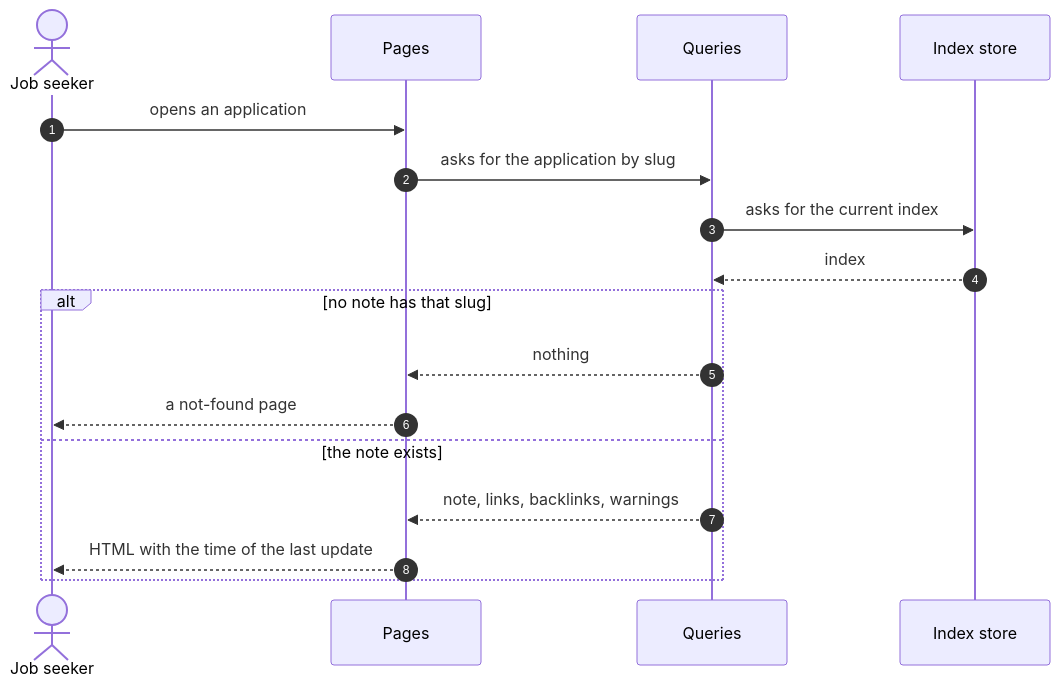
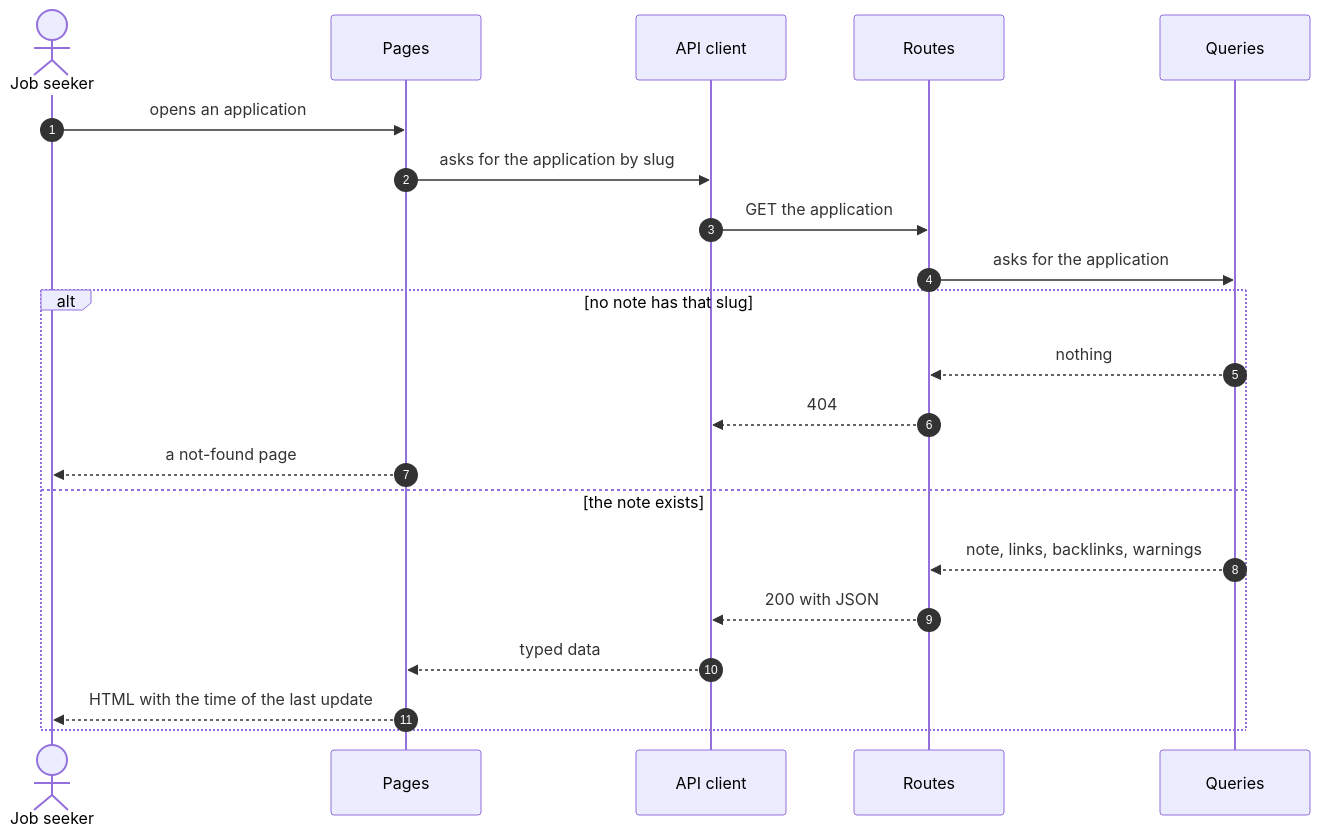
The third of 4 diagrams in docs/architecture/components.md (lyeyixian/job-search-app), drawn with Mermaid before and after one commit. The commit also changed other lines of this file and 10 other files, not shown here.

First line of the commit message:
Redraw the architecture for two services

````diff
--- a/docs/architecture/components.md
+++ b/docs/architecture/components.md
@@ -66,20 +112,24 @@
 ```mermaid
 sequenceDiagram
     autonumber
     actor User as Job seeker
     participant Page as Pages
+    participant Client as API client
+    participant Routes
     participant Q as Queries
-    participant Store as Index store
 
     User->>Page: opens an application
-    Page->>Q: asks for the application by slug
-    Q->>Store: asks for the current index
-    Store-->>Q: index
+    Page->>Client: asks for the application by slug
+    Client->>Routes: GET the application
+    Routes->>Q: asks for the application
     alt no note has that slug
-        Q-->>Page: nothing
+        Q-->>Routes: nothing
+        Routes-->>Client: 404
         Page-->>User: a not-found page
     else the note exists
-        Q-->>Page: note, links, backlinks, warnings
+        Q-->>Routes: note, links, backlinks, warnings
+        Routes-->>Client: 200 with JSON
+        Client-->>Page: typed data
         Page-->>User: HTML with the time of the last update
     end
 ```
````
